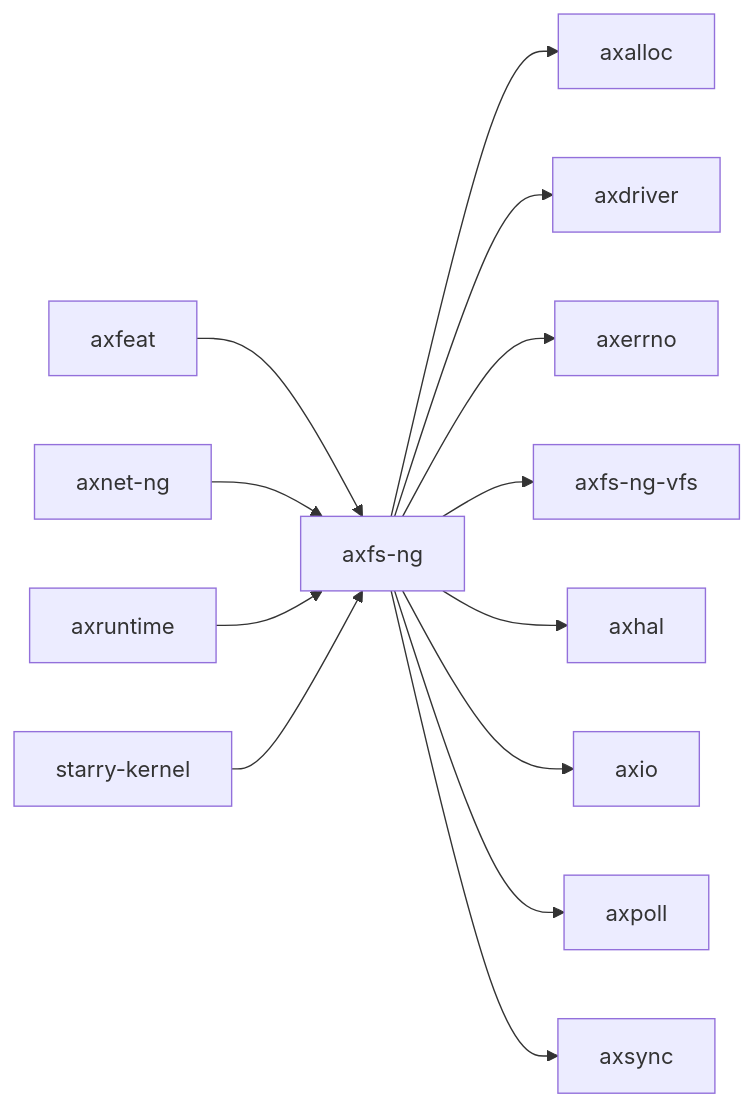
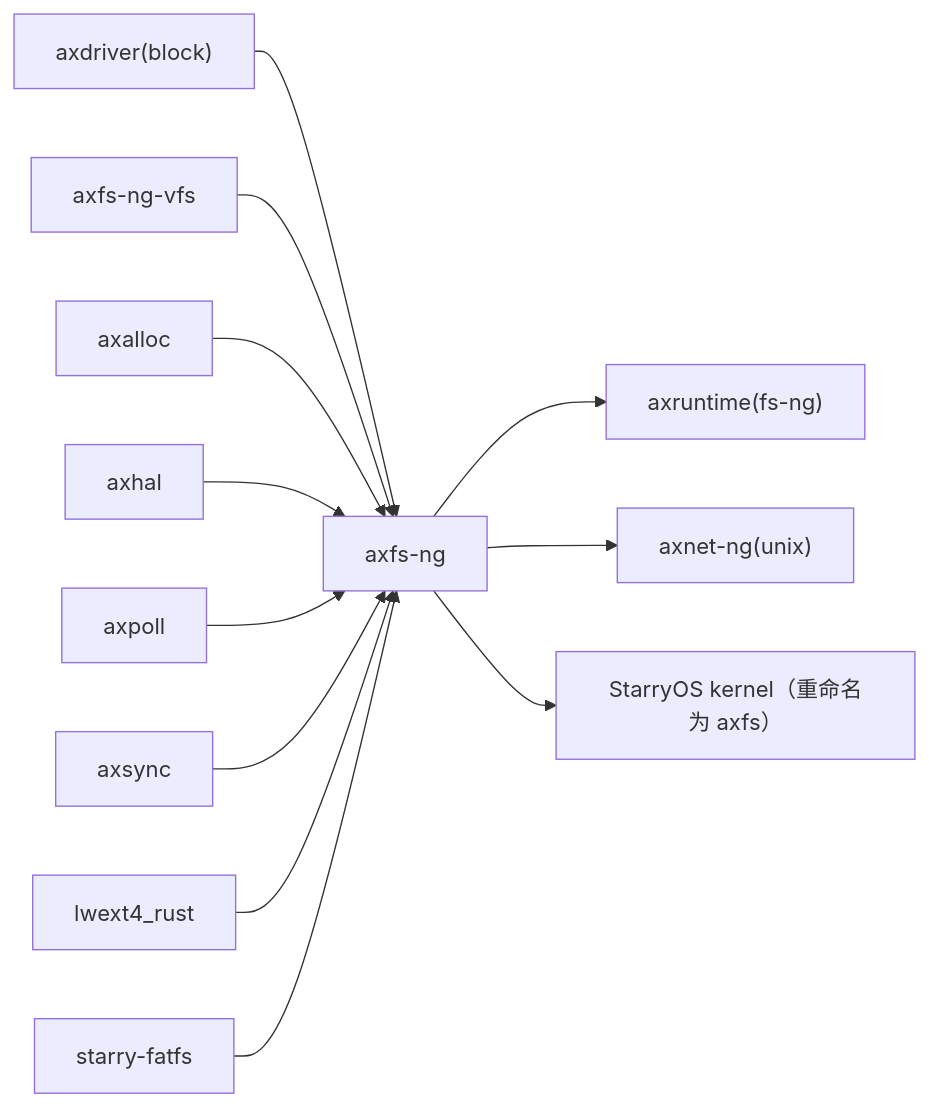
Before and after one commit to rcore-os/tgoskits: the second of 2 diagrams in docs/crates/axfs-ng.md, drawn with Mermaid. The commit also changed other lines of this file and 99 other files, not shown here.

````diff
--- a/docs/crates/axfs-ng.md
+++ b/docs/crates/axfs-ng.md
@@ -32,16 +106,15 @@
 ```mermaid
 graph LR
-    current["axfs-ng"]
-    current --> axalloc["axalloc"]
-    current --> axdriver["axdriver"]
-    current --> axerrno["axerrno"]
-    current --> axfs_ng_vfs["axfs-ng-vfs"]
-    current --> axhal["axhal"]
-    current --> axio["axio"]
-    current --> axpoll["axpoll"]
-    current --> axsync["axsync"]
-    axfeat["axfeat"] --> current
-    axnet_ng["axnet-ng"] --> current
-    axruntime["axruntime"] --> current
-    starry_kernel["starry-kernel"] --> current
+    axdriver["axdriver(block)"] --> current["axfs-ng"]
+    axfs_ng_vfs["axfs-ng-vfs"] --> current
+    axalloc["axalloc"] --> current
+    axhal["axhal"] --> current
+    axpoll["axpoll"] --> current
+    axsync["axsync"] --> current
+    ext4lib["lwext4_rust"] --> current
+    fatlib["starry-fatfs"] --> current
+
+    current --> axruntime["axruntime(fs-ng)"]
+    current --> axnet_ng["axnet-ng(unix)"]
+    current --> starry_kernel["StarryOS kernel（重命名为 axfs）"]
 ```
````
